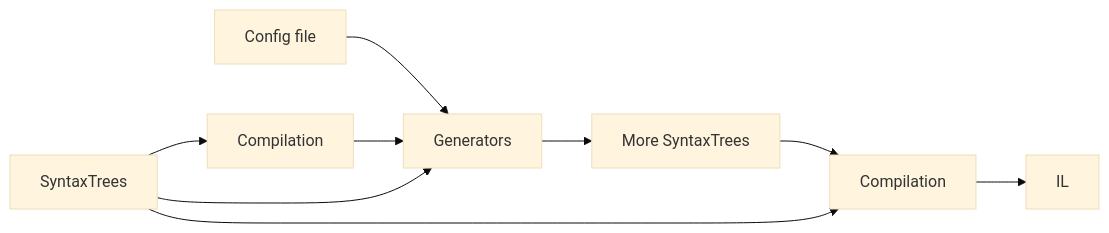
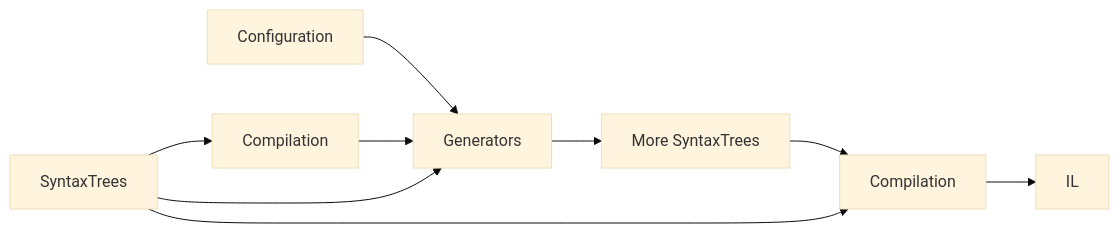
Before and after one commit to KathleenDollard/incremental-samples: the third of 7 diagrams in docs/overview.md, drawn with Mermaid (base theme). The commit also changed other lines of this file and 15 other files, not shown here.

````diff
--- a/docs/overview.md
+++ b/docs/overview.md
@@ -48,7 +44,7 @@
 ```mermaid
 flowchart LR
-    ConfigFile[Config file]-->Generators
+    ConfigFile[Configuration]-->Generators
     SyntaxTrees-->Comp1[Compilation]-->Generators-->More[More SyntaxTrees]-->Comp2[Compilation]-->IL
     SyntaxTrees-->Generators
     SyntaxTrees-->Comp2
 ```
````
